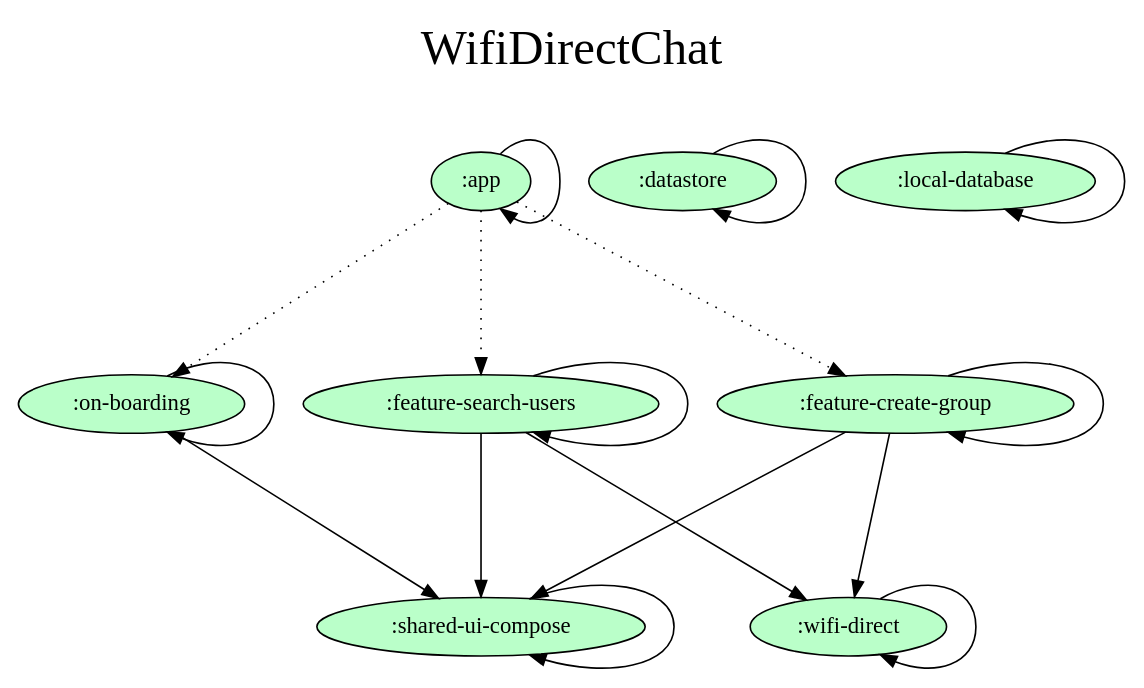
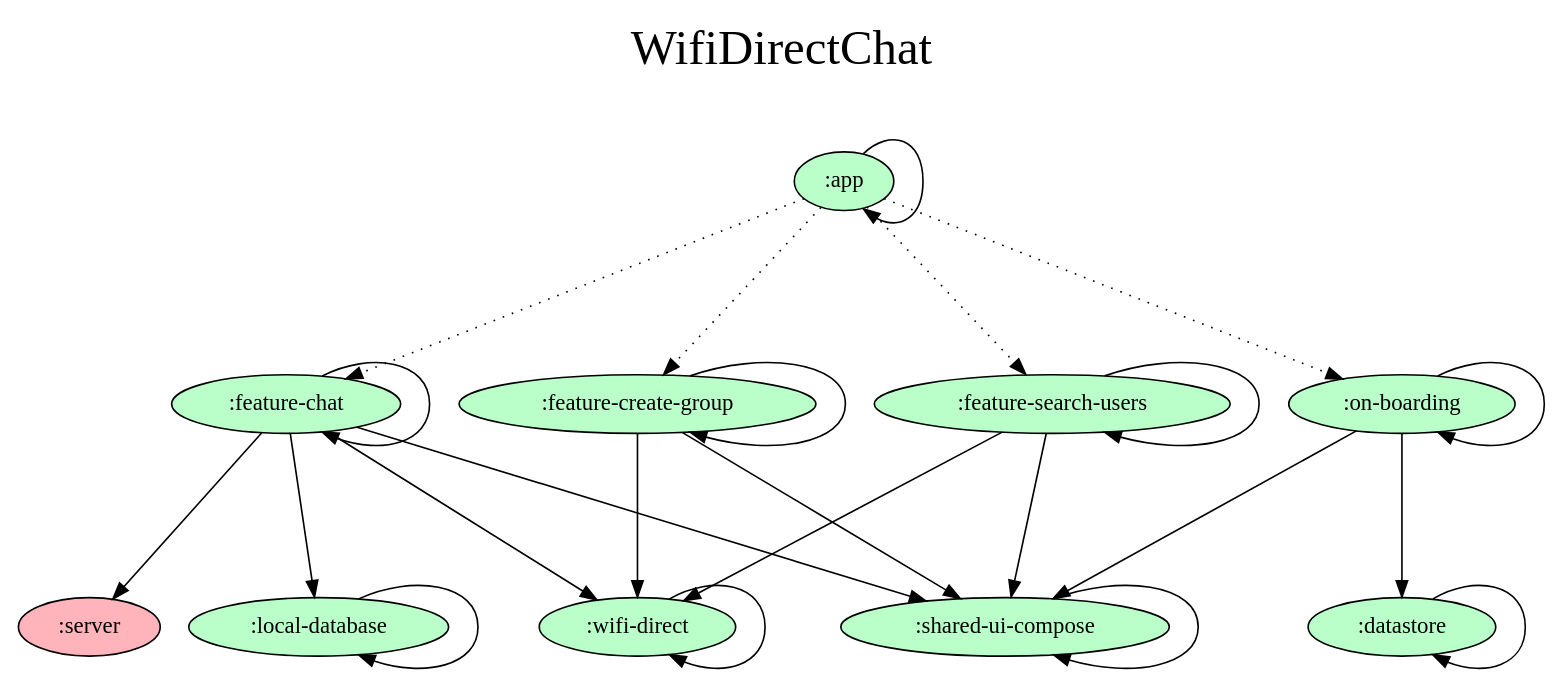
The diagram in dependency-graph/project.dot (SilvVF/wd-chat), drawn with Graphviz before and after one commit. The commit also changed 2 other files, not shown here.

Commit message:
ChatWebSocketServer

```diff
--- a/dependency-graph/project.dot
+++ b/dependency-graph/project.dot
@@ -1,37 +1,46 @@
 digraph {
   graph [label="WifiDirectChat\n ",labelloc=t,fontsize=30,ranksep=1.4];
   node [style=filled, fillcolor="#bbbbbb"];
   rankdir=TB;
 
   # Projects
 
   ":app" [fillcolor="#baffc9"];
   ":datastore" [fillcolor="#baffc9"];
+  ":feature-chat" [fillcolor="#baffc9"];
   ":feature-create-group" [fillcolor="#baffc9"];
   ":feature-search-users" [fillcolor="#baffc9"];
   ":local-database" [fillcolor="#baffc9"];
   ":on-boarding" [fillcolor="#baffc9"];
+  ":server" [fillcolor="#ffb3ba"];
   ":shared-ui-compose" [fillcolor="#baffc9"];
   ":wifi-direct" [fillcolor="#baffc9"];
 
   {rank = same;}
 
   # Dependencies
 
   ":app" -> ":app"
   ":app" -> ":on-boarding" [style=dotted]
   ":app" -> ":feature-search-users" [style=dotted]
   ":app" -> ":feature-create-group" [style=dotted]
+  ":app" -> ":feature-chat" [style=dotted]
   ":shared-ui-compose" -> ":shared-ui-compose"
   ":feature-create-group" -> ":shared-ui-compose"
   ":feature-create-group" -> ":wifi-direct"
   ":feature-create-group" -> ":feature-create-group"
+  ":feature-chat" -> ":shared-ui-compose"
+  ":feature-chat" -> ":wifi-direct"
+  ":feature-chat" -> ":server"
+  ":feature-chat" -> ":local-database"
+  ":feature-chat" -> ":feature-chat"
   ":datastore" -> ":datastore"
   ":feature-search-users" -> ":shared-ui-compose"
   ":feature-search-users" -> ":wifi-direct"
   ":feature-search-users" -> ":feature-search-users"
   ":on-boarding" -> ":shared-ui-compose"
+  ":on-boarding" -> ":datastore"
   ":on-boarding" -> ":on-boarding"
   ":wifi-direct" -> ":wifi-direct"
   ":local-database" -> ":local-database"
 }
```
